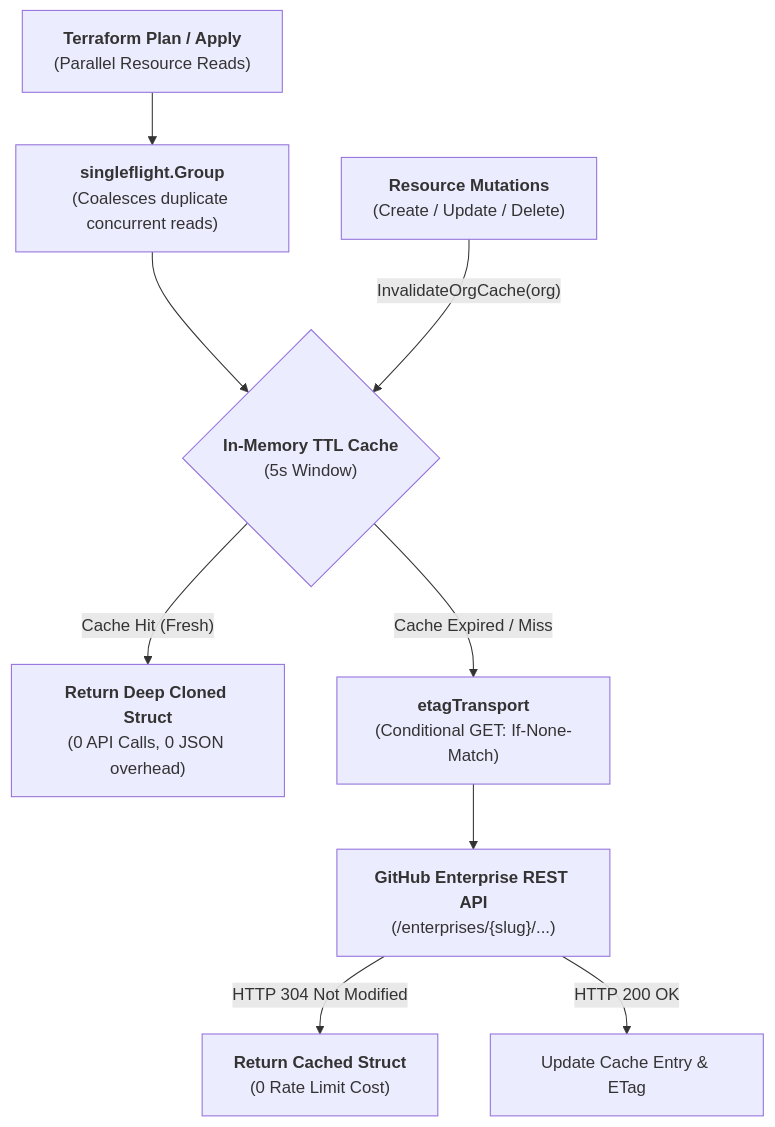
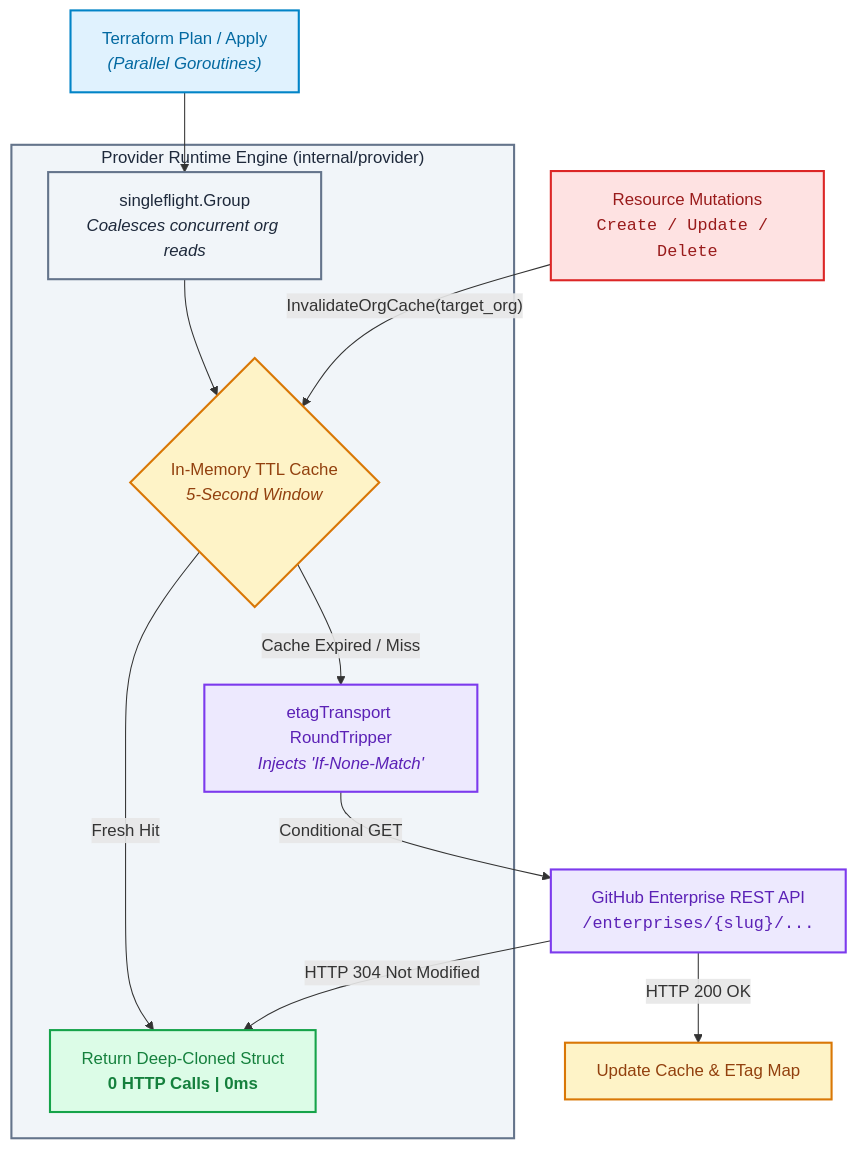
The second of 2 diagrams in DEVELOPMENT.md (google/terraform-provider-gh-app-unofficial), drawn with Mermaid before and after one commit. The commit also changed other lines of this file and 1 other file, not shown here.

Commit message:
update graphs

````diff
--- a/DEVELOPMENT.md
+++ b/DEVELOPMENT.md
@@ -226,19 +228,32 @@
 ```mermaid
-graph TD
-    TF_PLAN["`**Terraform Plan / Apply**
-    (Parallel Resource Reads)`"] --> SF["`**singleflight.Group**
-    (Coalesces duplicate concurrent reads)`"]
-    SF --> CACHE{"`**In-Memory TTL Cache**
-    (5s Window)`"}
-    CACHE -->|"Cache Hit (Fresh)"| MEM["`**Return Deep Cloned Struct**
-    (0 API Calls, 0 JSON overhead)`"]
-    CACHE -->|"Cache Expired / Miss"| ETAG["`**etagTransport**
-    (Conditional GET: If-None-Match)`"]
-    ETAG --> API["`**GitHub Enterprise REST API**
-    (/enterprises/{slug}/...)`"]
-    API -->|"HTTP 304 Not Modified"| HIT["`**Return Cached Struct**
-    (0 Rate Limit Cost)`"]
-    API -->|"HTTP 200 OK"| UPDATE["Update Cache Entry & ETag"]
-    MUT["`**Resource Mutations**
-    (Create / Update / Delete)`"] -->|"InvalidateOrgCache(org)"| CACHE
+flowchart TD
+    classDef tf fill:#e0f2fe,stroke:#0284c7,stroke-width:2px,color:#0369a1;
+    classDef internal fill:#f1f5f9,stroke:#64748b,stroke-width:2px,color:#1e293b;
+    classDef cache fill:#fef3c7,stroke:#d97706,stroke-width:2px,color:#92400e;
+    classDef fast fill:#dcfce7,stroke:#16a34a,stroke-width:2px,color:#15803d;
+    classDef http fill:#ede9fe,stroke:#7c3aed,stroke-width:2px,color:#5b21b6;
+    classDef mutate fill:#fee2e2,stroke:#dc2626,stroke-width:2px,color:#991b1b;
+
+    TF["Terraform Plan / Apply<br/><i>(Parallel Goroutines)</i>"]:::tf
+    MUT["Resource Mutations<br/><code>Create / Update / Delete</code>"]:::mutate
+
+    subgraph ENGINE ["Provider Runtime Engine (internal/provider)"]
+        SF["singleflight.Group<br/><i>Coalesces concurrent org reads</i>"]:::internal
+        CACHE{"In-Memory TTL Cache<br/><i>5-Second Window</i>"}:::cache
+        FAST_PATH["Return Deep-Cloned Struct<br/><b>0 HTTP Calls | 0ms</b>"]:::fast
+        ETAG["etagTransport RoundTripper<br/><i>Injects 'If-None-Match'</i>"]:::http
+    end
+
+    GH["GitHub Enterprise REST API<br/><code>/enterprises/{slug}/...</code>"]:::http
+
+    TF --> SF
+    SF --> CACHE
+    CACHE -->|"Fresh Hit"| FAST_PATH
+    CACHE -->|"Cache Expired / Miss"| ETAG
+    ETAG -->|"Conditional GET"| GH
+    GH -->|"HTTP 304 Not Modified"| FAST_PATH
+    GH -->|"HTTP 200 OK"| UPDATE["Update Cache & ETag Map"]:::cache
+    MUT -->|"InvalidateOrgCache(target_org)"| CACHE
+
+    class ENGINE internal;
 ```
````
